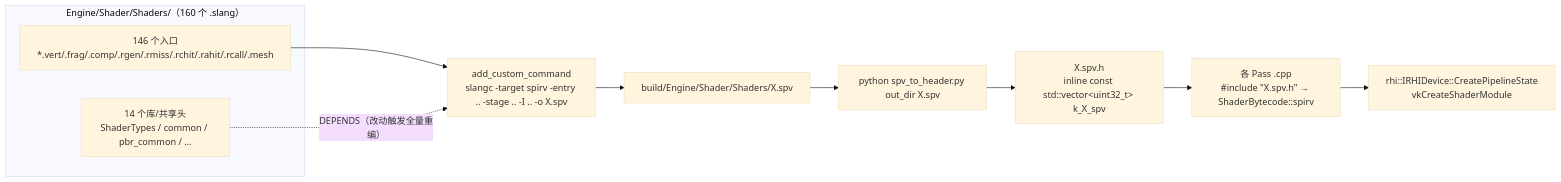
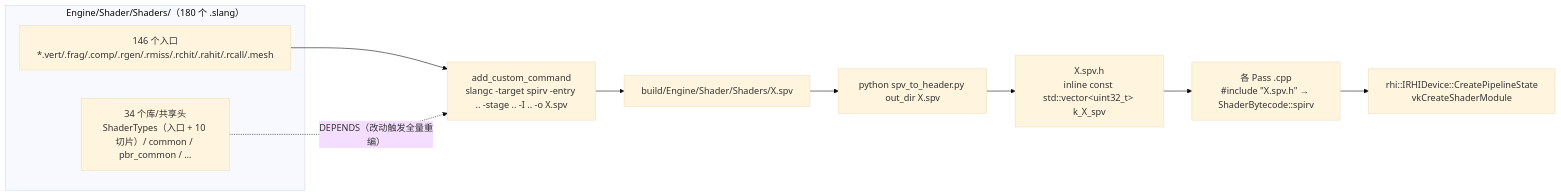
Before and after one commit to huguozhu/HugEngine: the diagram in docs/HugEngine引擎介绍/13.Shader系统实现分析.md, drawn with Mermaid (base theme). The commit also changed other lines of this file, not shown here.

First line of the commit message:
文档：同步 Shader 系统实现分析（契约切片化与 C++ 镜像删除）

````diff
--- a/docs/HugEngine引擎介绍/13.Shader系统实现分析.md
+++ b/docs/HugEngine引擎介绍/13.Shader系统实现分析.md
@@ -79,14 +81,14 @@
 ```mermaid
 flowchart LR
-    subgraph SRC["Engine/Shader/Shaders/（160 个 .slang）"]
+    subgraph SRC["Engine/Shader/Shaders/（180 个 .slang）"]
         E["146 个入口<br/>*.vert/.frag/.comp/.rgen/.rmiss/.rchit/.rahit/.rcall/.mesh"]
-        H["14 个库/共享头<br/>ShaderTypes / common / pbr_common / ..."]
+        H["34 个库/共享头<br/>ShaderTypes（入口 + 10 切片）/ common / pbr_common / ..."]
     end
     E --> S1["add_custom_command<br/>slangc -target spirv -entry .. -stage .. -I .. -o X.spv"]
     H -. "DEPENDS（改动触发全量重编）" .-> S1
     S1 --> P["build/Engine/Shader/Shaders/X.spv"]
     P --> S2["python spv_to_header.py out_dir X.spv"]
     S2 --> PH["X.spv.h<br/>inline const std::vector&lt;uint32_t&gt; k_X_spv"]
     PH --> C["各 Pass .cpp<br/>#include &quot;X.spv.h&quot; → ShaderBytecode::spirv"]
     C --> RHI["rhi::IRHIDevice::CreatePipelineState<br/>vkCreateShaderModule"]
 ```
````
